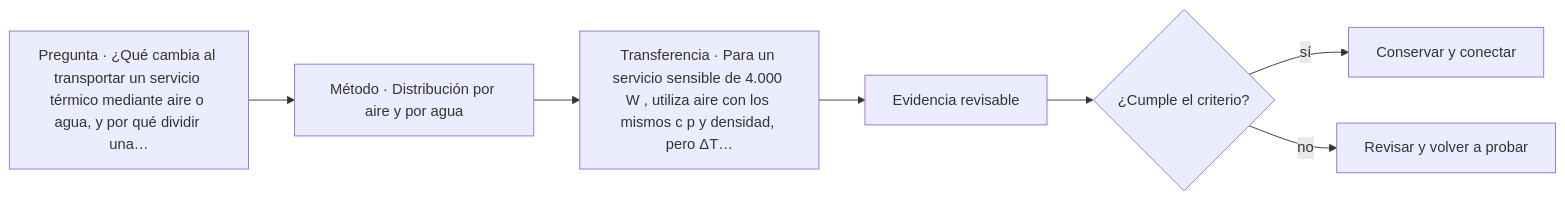
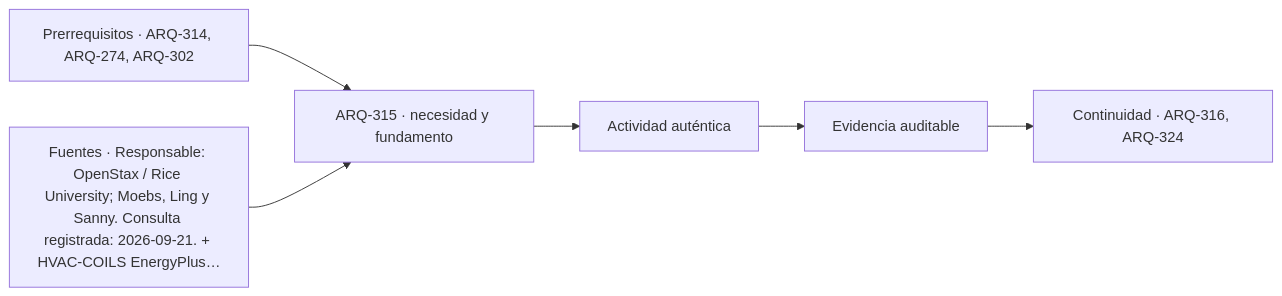
One commit to vladimiracunadev-create/architecture-built-environment-learning-program changed the diagram in classes/parte-32/ARQ-315.md. Above: the diagram before and after it, drawn with Mermaid. The commit also changed other lines of this file and 761 other files, not shown here.

````diff
--- a/classes/parte-32/ARQ-315.md
+++ b/classes/parte-32/ARQ-315.md
@@ -105,9 +117,8 @@
 ```mermaid
 flowchart LR
-    Q["Pregunta · ¿Qué cambia al transportar un servicio térmico mediante aire o agua, y por qué dividir una…"] --> M["Método · Distribución por aire y por agua"]
-    M --> P["Transferencia · Para un servicio sensible de 4.000 W , utiliza aire con los mismos c p y densidad, pero ΔT…"]
-    P --> E["Evidencia revisable"]
-    E --> C{"¿Cumple el criterio?"}
-    C -->|sí| T["Conservar y conectar"]
-    C -->|no| R["Revisar y volver a probar"]
+    A["Prerrequisitos · ARQ-314, ARQ-274, ARQ-302"] --> B["ARQ-315 · necesidad y fundamento"]
+    S["Fuentes · Responsable: OpenStax / Rice University; Moebs, Ling y Sanny. Consulta registrada: 2026-09-21. + HVAC-COILS EnergyPlus…"] --> B
+    B --> C["Actividad auténtica"]
+    C --> D["Evidencia auditable"]
+    D --> E["Continuidad · ARQ-316, ARQ-324"]
 ```
````
